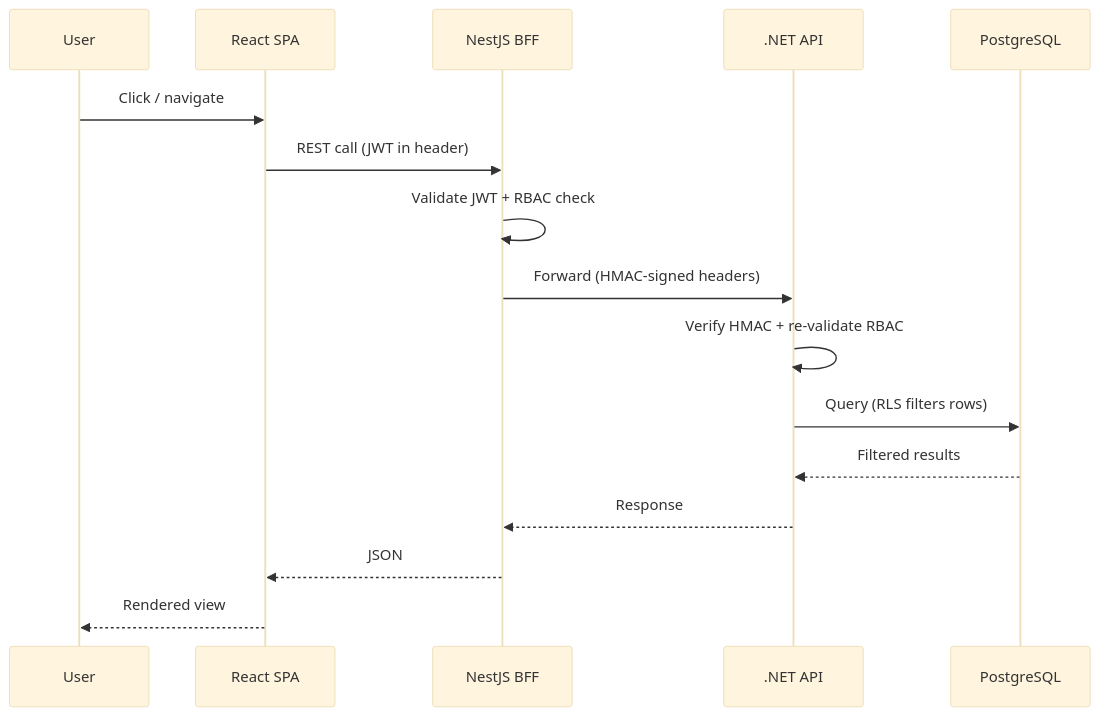
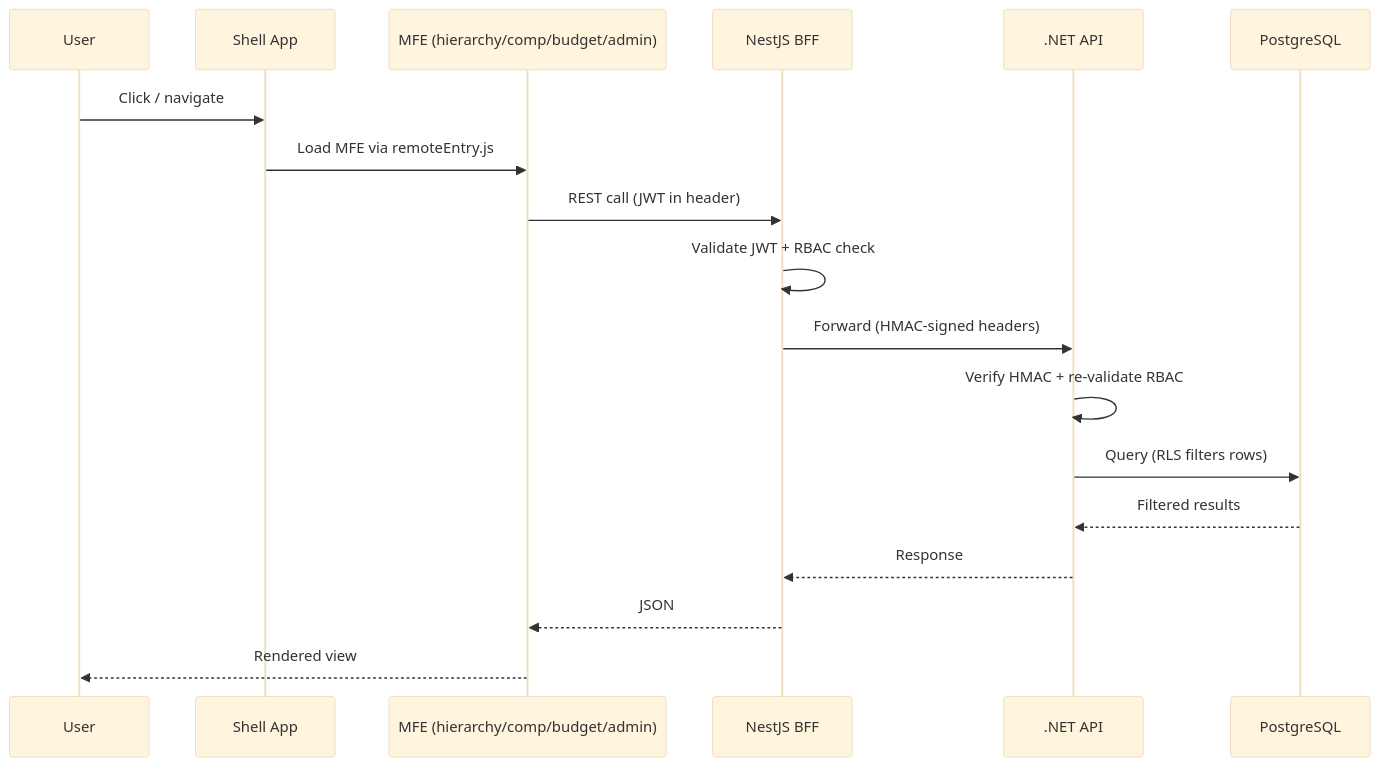
One commit to sukhesh035/employee_budget_allocation changed the first of 2 diagrams in docs/CHEATSHEET.md. Above: the diagram before and after it, drawn with Mermaid (base theme). The commit also changed other lines of this file and 7 other files, not shown here.

First line of the commit message:
Restructure to micro frontend architecture with Module Federation

````diff
--- a/docs/CHEATSHEET.md
+++ b/docs/CHEATSHEET.md
@@ -29,19 +30,21 @@
 ```mermaid
 sequenceDiagram
     participant U as User
-    participant R as React SPA
+    participant S as Shell App
+    participant M as MFE (hierarchy/comp/budget/admin)
     participant B as NestJS BFF
     participant A as .NET API
     participant D as PostgreSQL
 
-    U->>R: Click / navigate
-    R->>B: REST call (JWT in header)
+    U->>S: Click / navigate
+    S->>M: Load MFE via remoteEntry.js
+    M->>B: REST call (JWT in header)
     B->>B: Validate JWT + RBAC check
     B->>A: Forward (HMAC-signed headers)
     A->>A: Verify HMAC + re-validate RBAC
     A->>D: Query (RLS filters rows)
     D-->>A: Filtered results
     A-->>B: Response
-    B-->>R: JSON
-    R-->>U: Rendered view
+    B-->>M: JSON
+    M-->>U: Rendered view
 ```
````
